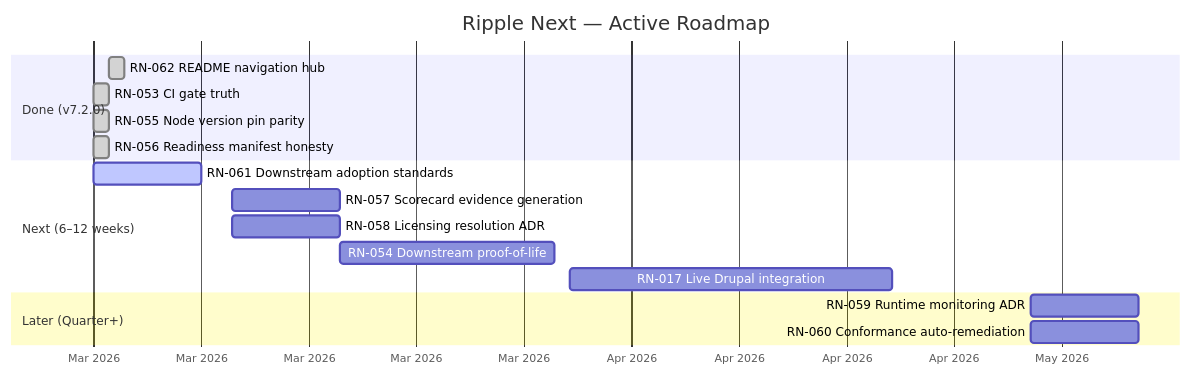
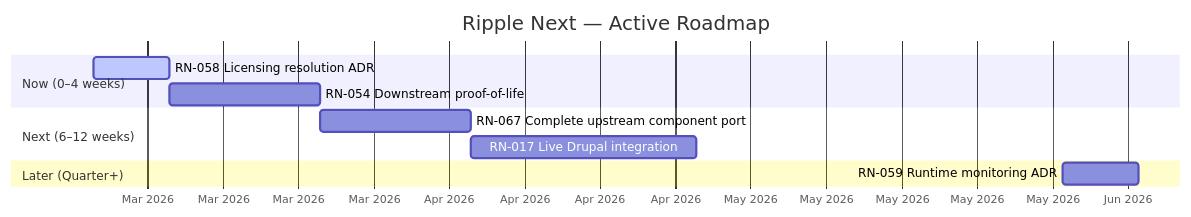
The diagram in docs/product-roadmap/README.md (jbejenar/ripple-next), drawn with Mermaid before and after one commit. The commit also changed other lines of this file and 1 other file, not shown here.

First line of the commit message:
roadmap: reprioritize v8.0.0 — ship it, not describe it

````diff
--- a/docs/product-roadmap/README.md
+++ b/docs/product-roadmap/README.md
@@ -17,23 +16,17 @@
 ```mermaid
 gantt
     title Ripple Next — Active Roadmap
     dateFormat YYYY-MM-DD
     axisFormat %b %Y
 
-    section Done (v7.2.0)
-    RN-062 README navigation hub           :done, rn062, 2026-03-02, 1d
-    RN-053 CI gate truth                   :done, rn053, 2026-03-01, 1d
-    RN-055 Node version pin parity         :done, rn055, 2026-03-01, 1d
-    RN-056 Readiness manifest honesty      :done, rn056, 2026-03-01, 1d
+    section Now (0–4 weeks)
+    RN-058 Licensing resolution ADR        :active, rn058, 2026-03-03, 7d
+    RN-054 Downstream proof-of-life        :rn054, 2026-03-10, 14d
 
     section Next (6–12 weeks)
-    RN-061 Downstream adoption standards   :active, rn061, 2026-03-01, 7d
-    RN-057 Scorecard evidence generation   :rn057, 2026-03-10, 7d
-    RN-058 Licensing resolution ADR        :rn058, 2026-03-10, 7d
-    RN-054 Downstream proof-of-life        :rn054, 2026-03-17, 14d
-    RN-017 Live Drupal integration         :rn017, 2026-04-01, 21d
+    RN-067 Complete upstream component port :rn067, 2026-03-24, 14d
+    RN-017 Live Drupal integration         :rn017, 2026-04-07, 21d
 
     section Later (Quarter+)
-    RN-059 Runtime monitoring ADR          :rn059, 2026-05-01, 7d
-    RN-060 Conformance auto-remediation    :rn060, 2026-05-01, 7d
+    RN-059 Runtime monitoring ADR          :rn059, 2026-06-01, 7d
 ```
````
